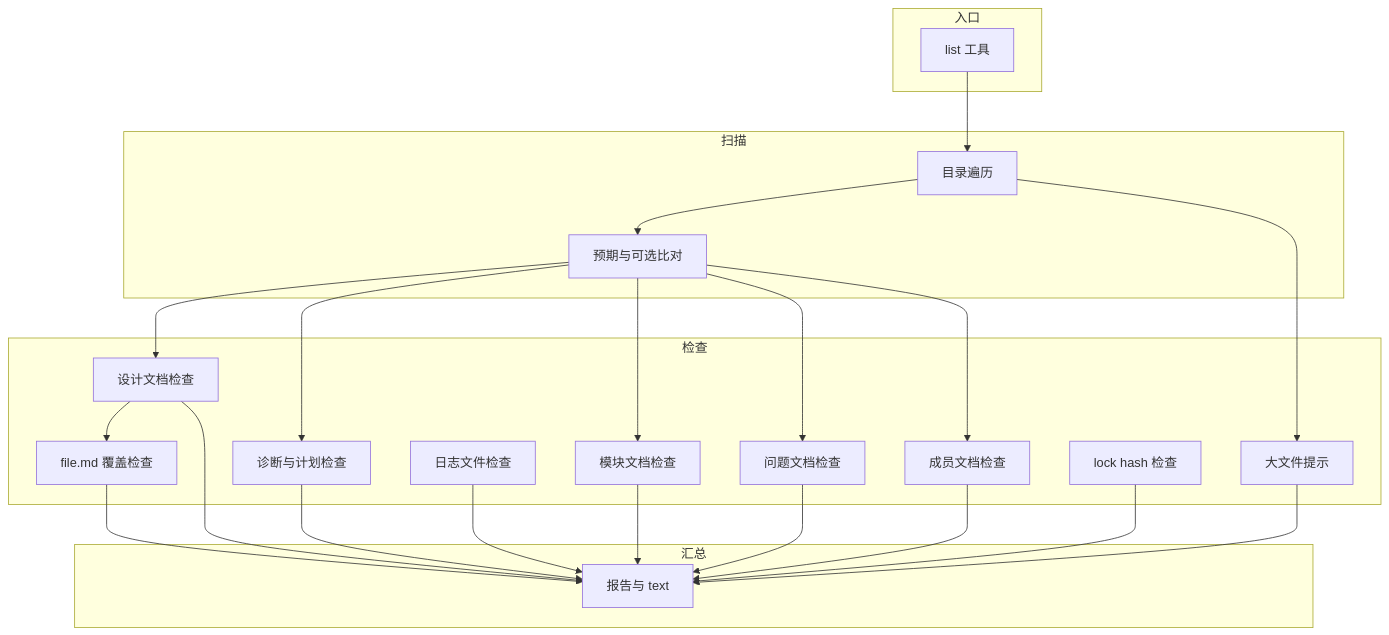
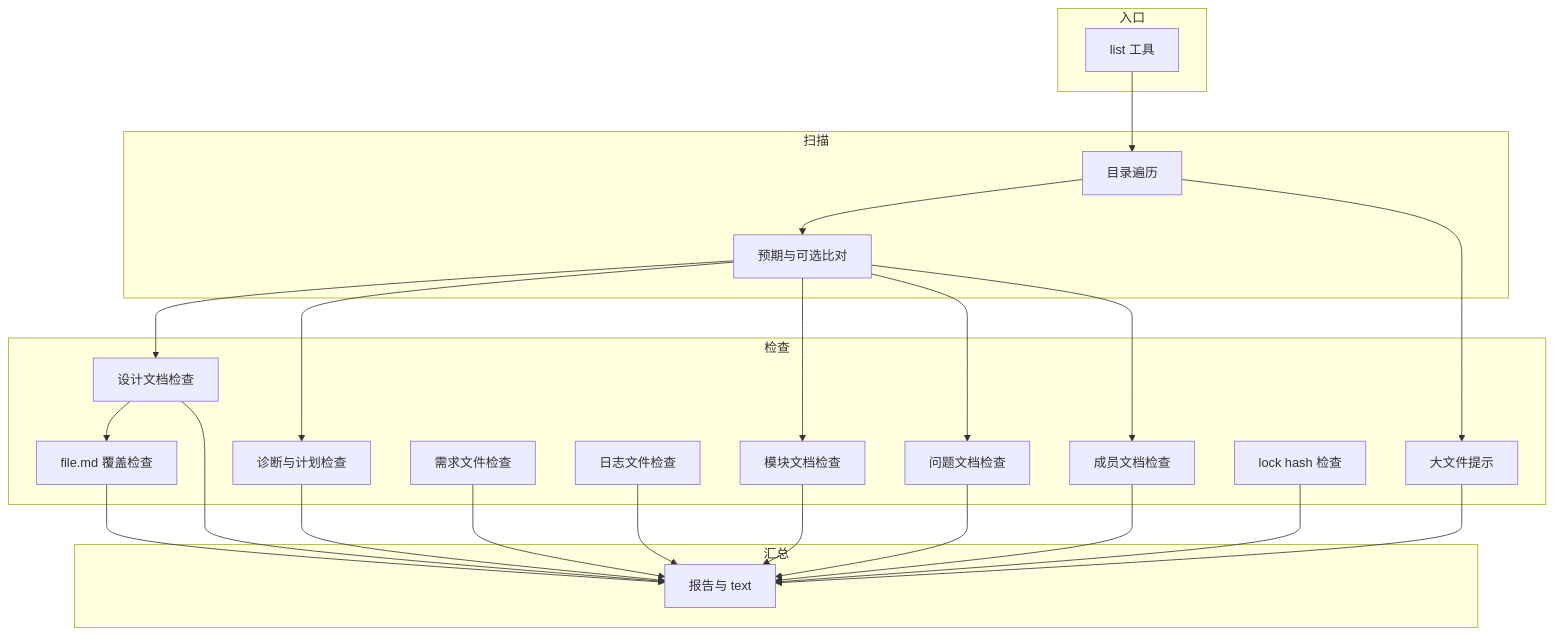
Before and after one commit to Cangjier/coder: the first of 4 diagrams in .coder/design/module-0001.md, drawn with Mermaid. The commit also changed other lines of this file and 20 other files, not shown here.

````diff
--- a/.coder/design/module-0001.md
+++ b/.coder/design/module-0001.md
@@ -4,42 +4,44 @@
 ```mermaid
 flowchart TB
   subgraph 入口
     list["list 工具"]
   end
   subgraph 扫描
     walk["目录遍历"]
     expected["预期与可选比对"]
   end
   subgraph 检查
     design["设计文档检查"]
     diagnosis["诊断与计划检查"]
     module["模块文档检查"]
     issue["问题文档检查"]
+    requirement["需求文件检查"]
     log["日志文件检查"]
     member["成员文档检查"]
     coverage["file.md 覆盖检查"]
     hint["大文件提示"]
     lock["lock hash 检查"]
   end
   subgraph 汇总
     report["报告与 text"]
   end
   list --> walk
   walk --> expected
   expected --> design
   expected --> diagnosis
   expected --> module
   expected --> issue
   expected --> member
   walk --> hint
   design --> coverage
   design --> report
   diagnosis --> report
   module --> report
   issue --> report
+  requirement --> report
   log --> report
   member --> report
   coverage --> report
   hint --> report
   lock --> report
 ```
````
